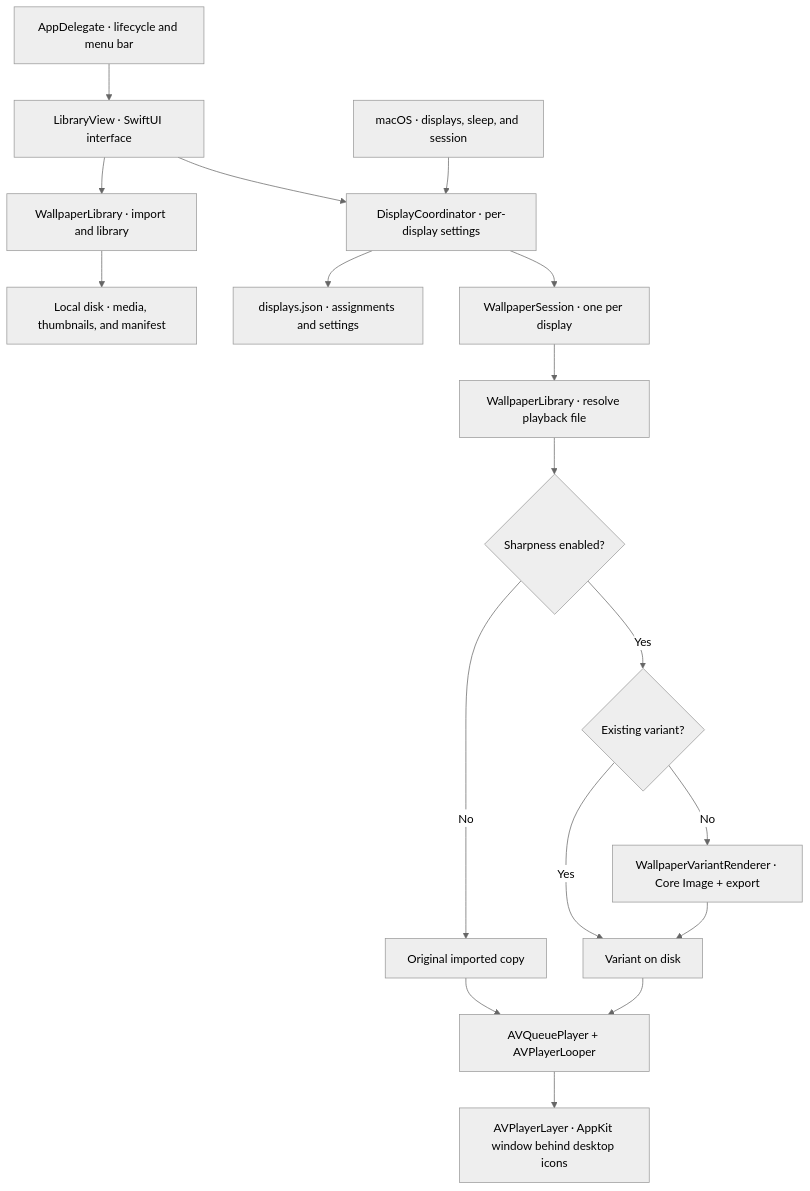
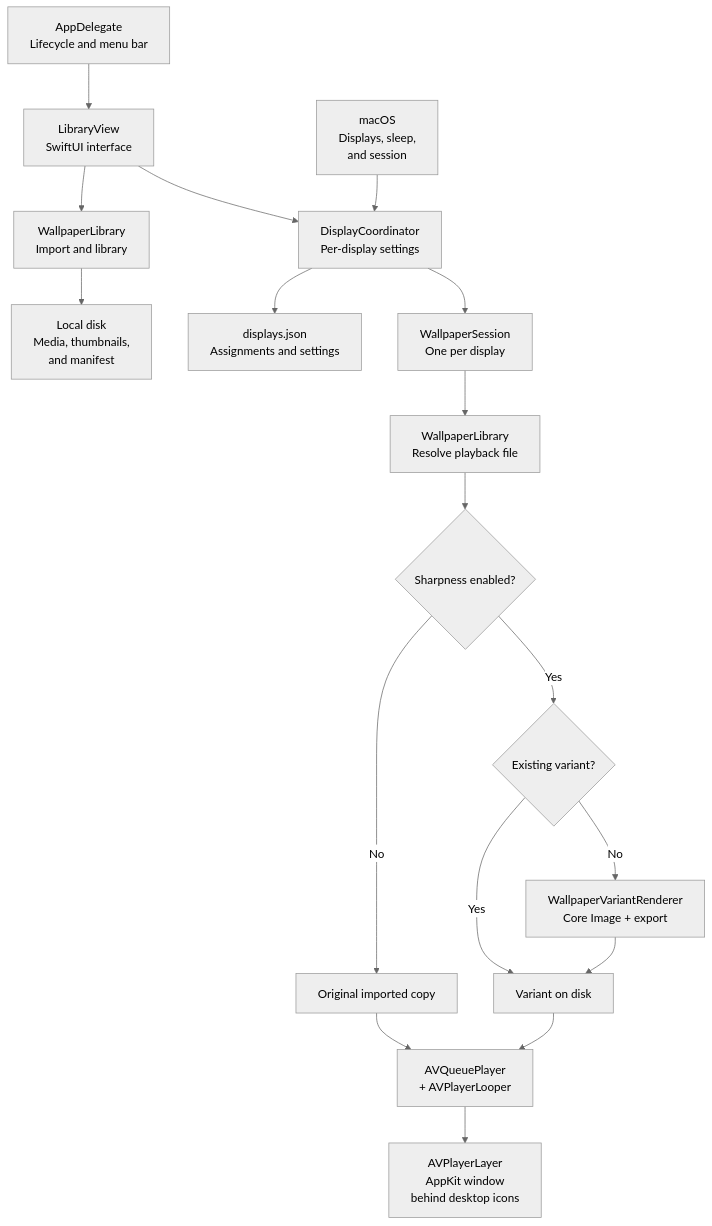
The diagram in README.md (marcioecom/waypaper), drawn with Mermaid (neutral theme) before and after one commit. The commit also changed 1 other file, not shown here.

Commit message:
chore: rearrange flowchart names

````diff
--- a/README.md
+++ b/README.md
@@ -116,20 +116,20 @@
 ```mermaid
 flowchart TD
-    App["AppDelegate · lifecycle and menu bar"] --> UI["LibraryView · SwiftUI interface"]
-    UI --> Library["WallpaperLibrary · import and library"]
-    UI --> Coordinator["DisplayCoordinator · per-display settings"]
-    Library --> Files["Local disk · media, thumbnails, and manifest"]
-    Coordinator --> Settings["displays.json · assignments and settings"]
-    OS["macOS · displays, sleep, and session"] --> Coordinator
-    Coordinator --> Session["WallpaperSession · one per display"]
-    Session --> Resolve["WallpaperLibrary · resolve playback file"]
+    App["AppDelegate<br/>Lifecycle and menu bar"] --> UI["LibraryView<br/>SwiftUI interface"]
+    UI --> Library["WallpaperLibrary<br/>Import and library"]
+    UI --> Coordinator["DisplayCoordinator<br/>Per-display settings"]
+    Library --> Files["Local disk<br/>Media, thumbnails,<br/>and manifest"]
+    Coordinator --> Settings["displays.json<br/>Assignments and settings"]
+    OS["macOS<br/>Displays, sleep,<br/>and session"] --> Coordinator
+    Coordinator --> Session["WallpaperSession<br/>One per display"]
+    Session --> Resolve["WallpaperLibrary<br/>Resolve playback file"]
     Resolve --> Choice{"Sharpness enabled?"}
     Choice -->|No| Original["Original imported copy"]
     Choice -->|Yes| Cache{"Existing variant?"}
     Cache -->|Yes| Variant["Variant on disk"]
-    Cache -->|No| Render["WallpaperVariantRenderer · Core Image + export"]
+    Cache -->|No| Render["WallpaperVariantRenderer<br/>Core Image + export"]
     Render --> Variant
-    Original --> Player["AVQueuePlayer + AVPlayerLooper"]
+    Original --> Player["AVQueuePlayer<br/>+ AVPlayerLooper"]
     Variant --> Player
-    Player --> Desktop["AVPlayerLayer · AppKit window behind desktop icons"]
+    Player --> Desktop["AVPlayerLayer<br/>AppKit window<br/>behind desktop icons"]
 ```
````
